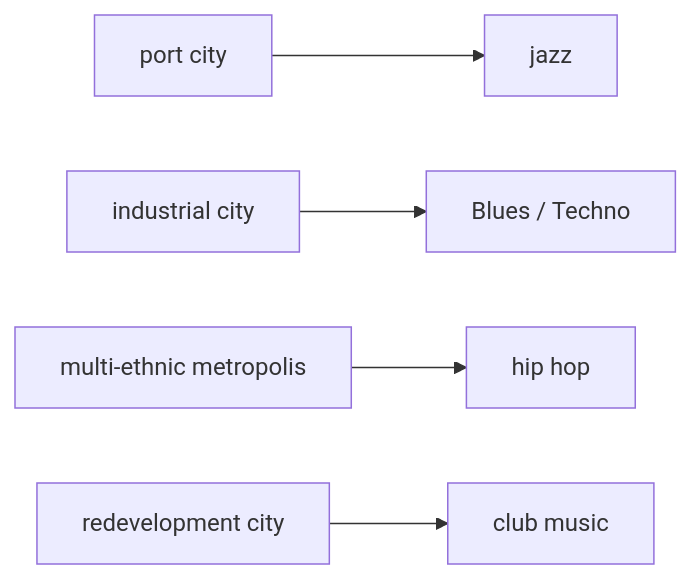
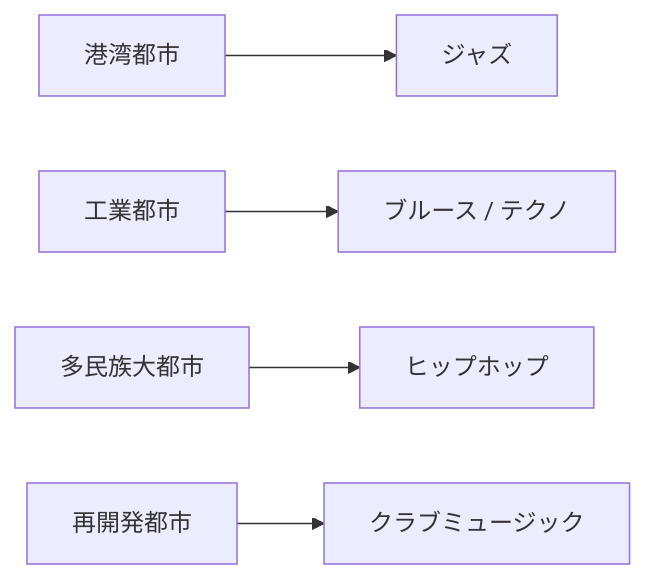
One commit to monumental-movement/monumental-movement.github.io changed the first of 3 diagrams in en/_posts/2026-02-06-column-music-urban-space.md. Above: the diagram before and after it, drawn with Mermaid. The commit also changed other lines of this file and 2196 other files, not shown here.

```diff
--- a/en/_posts/2026-02-06-column-music-urban-space.md
+++ b/en/_posts/2026-02-06-column-music-urban-space.md
@@ -101,7 +100,7 @@
 <div class="mermaid">
 flowchart LR
-A[port city] --> B[jazz]
-C[industrial city] --> D[Blues / Techno]
-E[multi-ethnic metropolis] --> F[hip hop]
-G[redevelopment city] --> H[club music]
+A[港湾都市] --> B[ジャズ]
+C[工業都市] --> D[ブルース / テクノ]
+E[多民族大都市] --> F[ヒップホップ]
+G[再開発都市] --> H[クラブミュージック]
 </div>
```
